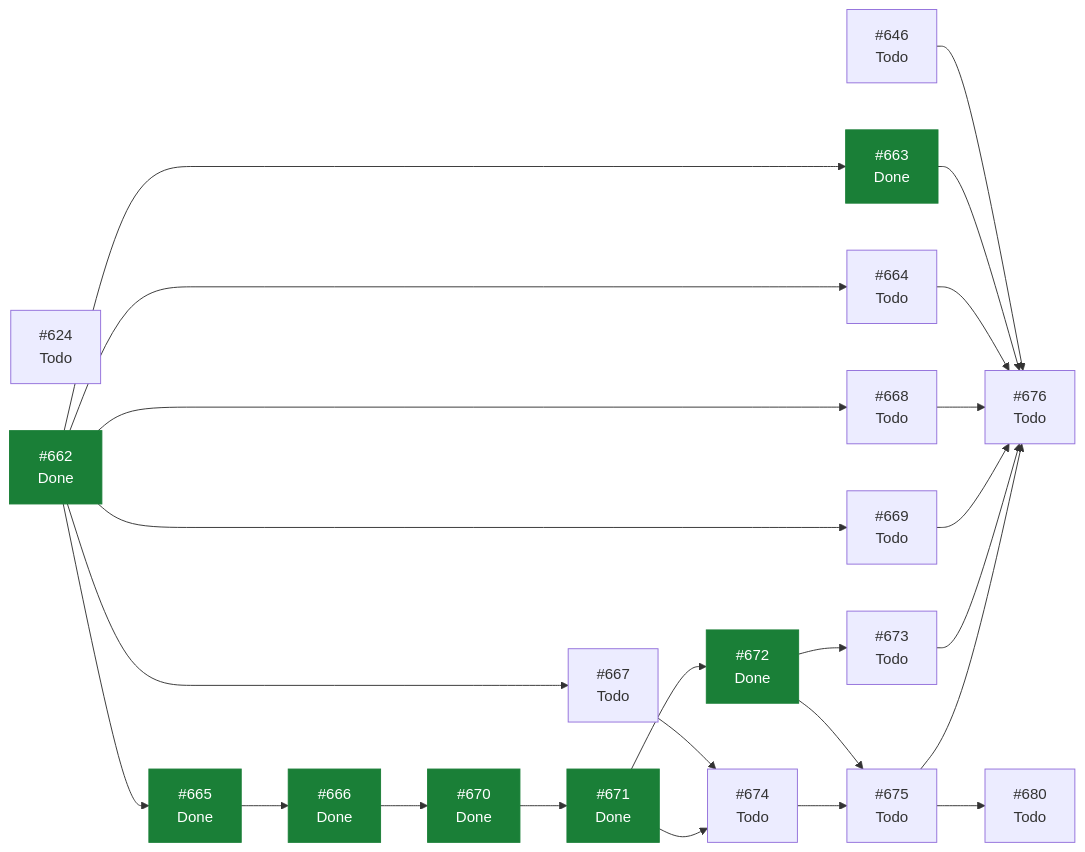
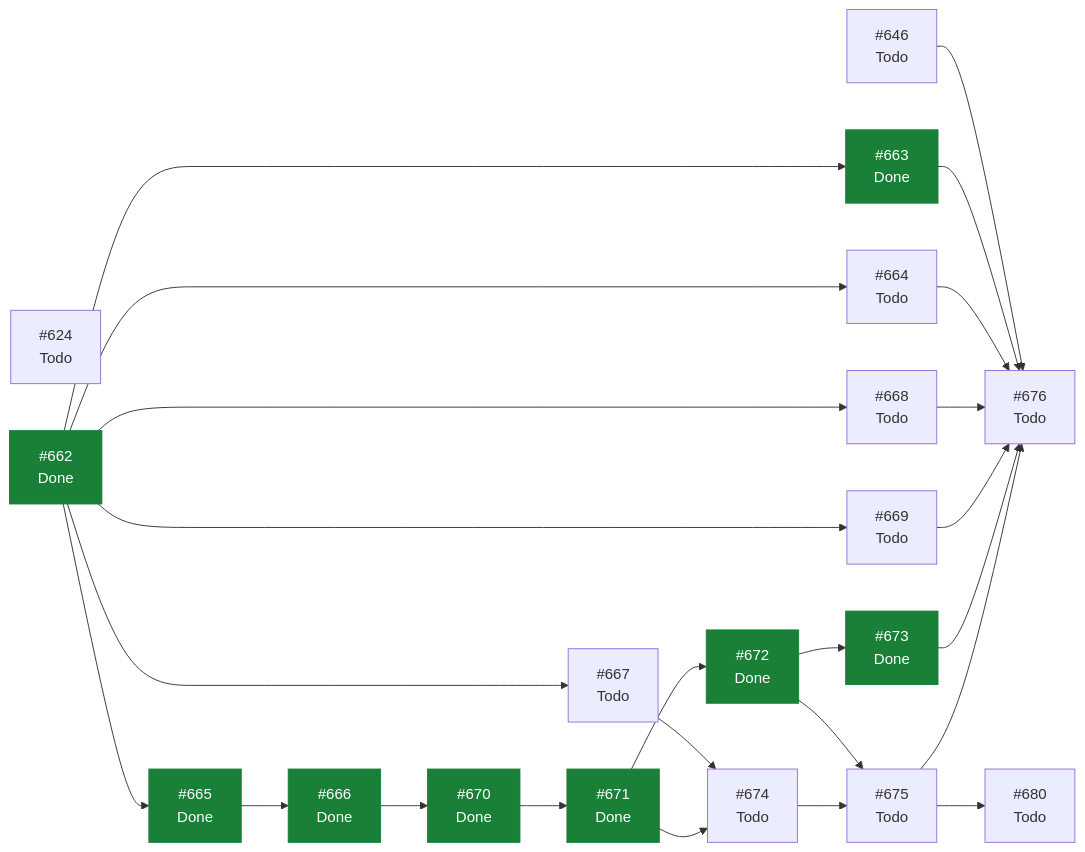
The diagram in docs/planning/STATUS.md (ecamp0s/evault), drawn with Mermaid before and after one commit. The commit also changed other lines of this file, not shown here.

````diff
--- a/docs/planning/STATUS.md
+++ b/docs/planning/STATUS.md
@@ -119,46 +118,46 @@
 ```mermaid
 graph LR
   I624["#624<br/>Todo"]
   I646["#646<br/>Todo"]
   I662["#662<br/>Done"]
   I663["#663<br/>Done"]
   I664["#664<br/>Todo"]
   I665["#665<br/>Done"]
   I666["#666<br/>Done"]
   I667["#667<br/>Todo"]
   I668["#668<br/>Todo"]
   I669["#669<br/>Todo"]
   I670["#670<br/>Done"]
   I671["#671<br/>Done"]
   I672["#672<br/>Done"]
-  I673["#673<br/>Todo"]
+  I673["#673<br/>Done"]
   I674["#674<br/>Todo"]
   I675["#675<br/>Todo"]
   I676["#676<br/>Todo"]
   I680["#680<br/>Todo"]
   I646 --> I676
   I662 --> I663
   I662 --> I664
   I662 --> I665
   I662 --> I667
   I662 --> I668
   I662 --> I669
   I663 --> I676
   I664 --> I676
   I665 --> I666
   I666 --> I670
   I667 --> I674
   I668 --> I676
   I669 --> I676
   I670 --> I671
   I671 --> I672
   I671 --> I674
   I672 --> I673
   I672 --> I675
   I673 --> I676
   I674 --> I675
   I675 --> I676
   I675 --> I680
   classDef hecho fill:#1a7f37,stroke:#1a7f37,color:#fff;
-  class I662,I663,I665,I666,I670,I671,I672 hecho;
+  class I662,I663,I665,I666,I670,I671,I672,I673 hecho;
 ```
````
